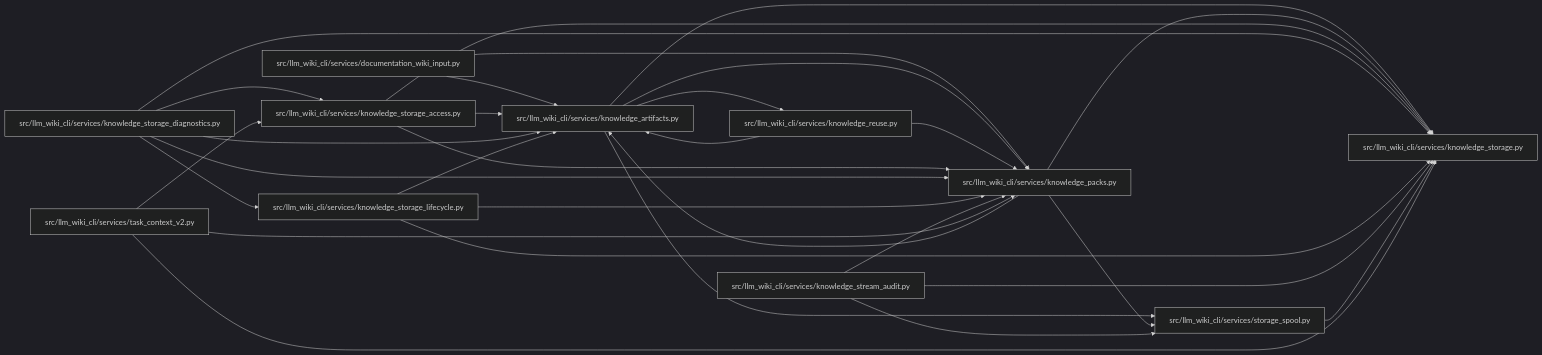
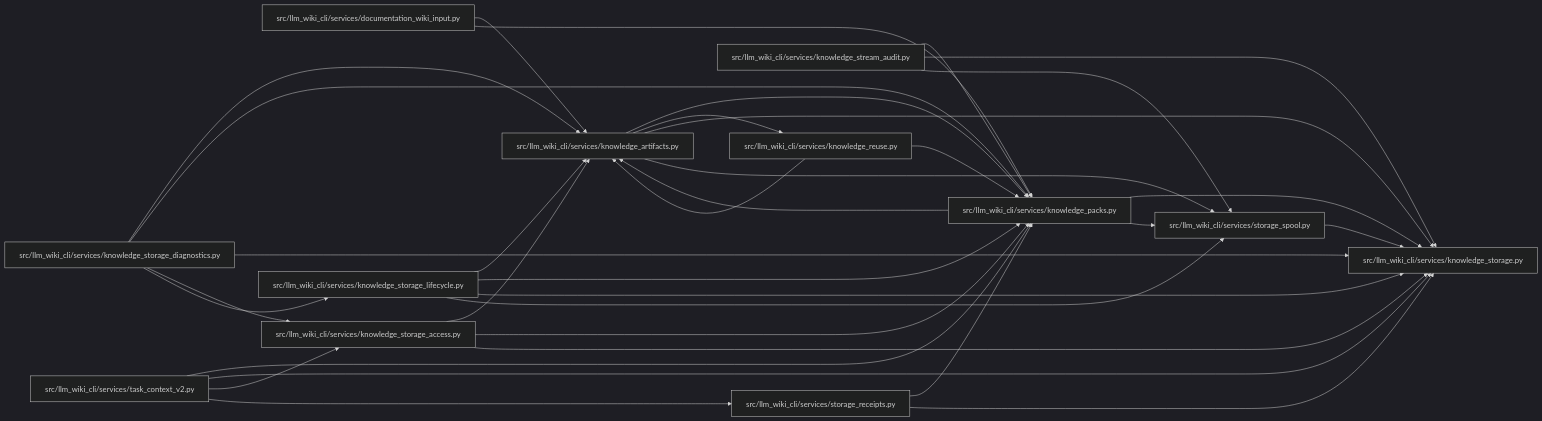
Before and after one commit to Denissvgn/python-wiki-llm: the diagram in docs/llm_wiki/modules/knowledge_packs.md, drawn with Mermaid (dark theme). The commit also changed other lines of this file and 486 other files, not shown here.

````diff
--- a/docs/llm_wiki/modules/knowledge_packs.md
+++ b/docs/llm_wiki/modules/knowledge_packs.md
@@ -32,54 +32,60 @@
 ```mermaid
 flowchart LR
     n0["src/llm_wiki_cli/services/documentation_wiki_input.py"]
     n1["src/llm_wiki_cli/services/knowledge_artifacts.py"]
     n2["src/llm_wiki_cli/services/knowledge_packs.py"]
     n3["src/llm_wiki_cli/services/knowledge_reuse.py"]
     n4["src/llm_wiki_cli/services/knowledge_storage.py"]
     n5["src/llm_wiki_cli/services/knowledge_storage_access.py"]
     n6["src/llm_wiki_cli/services/knowledge_storage_diagnostics.py"]
     n7["src/llm_wiki_cli/services/knowledge_storage_lifecycle.py"]
     n8["src/llm_wiki_cli/services/knowledge_stream_audit.py"]
-    n9["src/llm_wiki_cli/services/storage_spool.py"]
-    n10["src/llm_wiki_cli/services/task_context_v2.py"]
+    n9["src/llm_wiki_cli/services/storage_receipts.py"]
+    n10["src/llm_wiki_cli/services/storage_spool.py"]
+    n11["src/llm_wiki_cli/services/task_context_v2.py"]
     n0 --> n1
     n0 --> n2
     n1 --> n2
     n1 --> n3
     n1 --> n4
-    n1 --> n9
+    n1 --> n10
     n2 --> n1
     n2 --> n4
-    n2 --> n9
+    n2 --> n10
     n3 --> n1
     n3 --> n2
     n5 --> n1
     n5 --> n2
     n5 --> n4
     n6 --> n1
     n6 --> n2
     n6 --> n4
     n6 --> n5
     n6 --> n7
     n7 --> n1
     n7 --> n2
     n7 --> n4
+    n7 --> n10
     n8 --> n2
     n8 --> n4
-    n8 --> n9
+    n8 --> n10
+    n9 --> n2
     n9 --> n4
-    n10 --> n2
     n10 --> n4
-    n10 --> n5
+    n11 --> n2
+    n11 --> n4
+    n11 --> n5
+    n11 --> n9
     click n0 "../modules/documentation_wiki_input.md"
     click n1 "../modules/knowledge_artifacts.md"
     click n2 "../modules/knowledge_packs.md"
     click n3 "../modules/knowledge_reuse.md"
     click n4 "../modules/knowledge_storage.md"
     click n5 "../modules/knowledge_storage_access.md"
     click n6 "../modules/knowledge_storage_diagnostics.md"
     click n7 "../modules/knowledge_storage_lifecycle.md"
     click n8 "../modules/knowledge_stream_audit.md"
-    click n9 "../modules/storage_spool.md"
-    click n10 "../modules/task_context_v2.md"
+    click n9 "../modules/storage_receipts.md"
+    click n10 "../modules/storage_spool.md"
+    click n11 "../modules/task_context_v2.md"
 ```
````
